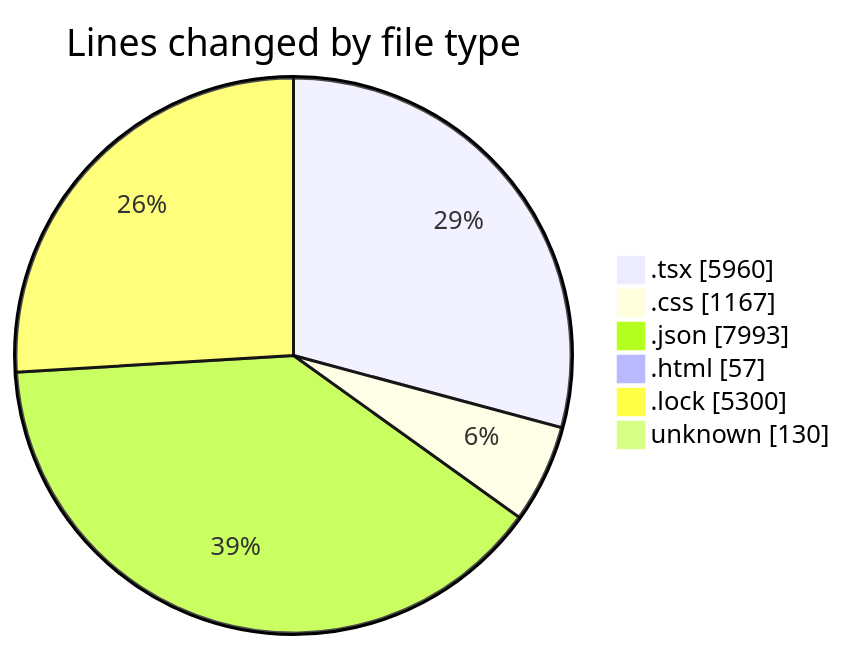
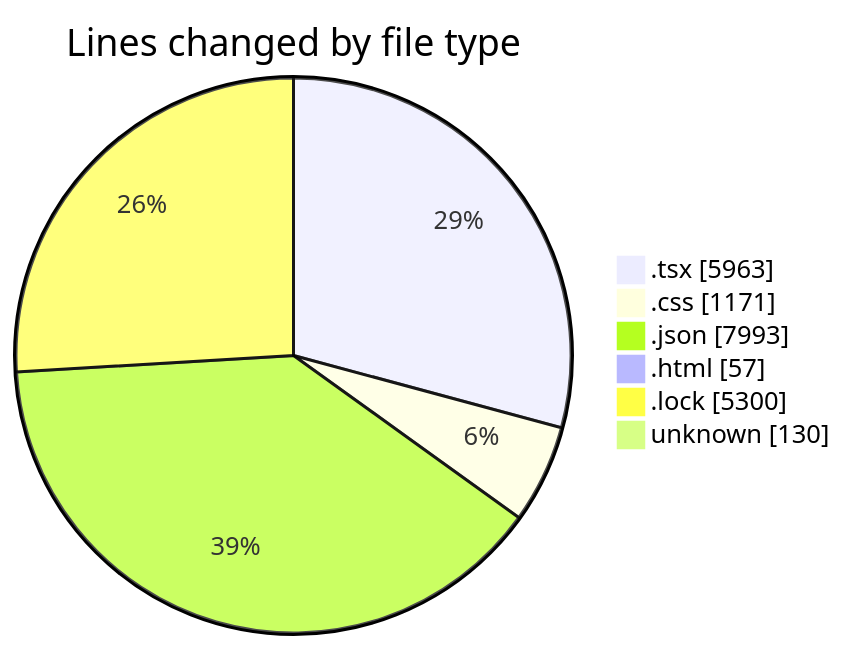
The first of 2 diagrams in 2025-08-12/ribbon/README.md (EIIisD/code-tracking), drawn with Mermaid before and after one commit. The commit also changed other lines of this file and 1 other file, not shown here.

````diff
--- a/2025-08-12/ribbon/README.md
+++ b/2025-08-12/ribbon/README.md
@@ -45,10 +45,10 @@
 ```mermaid
 pie showData
 title Lines changed by file type
-".tsx" : 5960
-".css" : 1167
+".tsx" : 5963
+".css" : 1171
 ".json" : 7993
 ".html" : 57
 ".lock" : 5300
 "unknown" : 130
 ```
````
